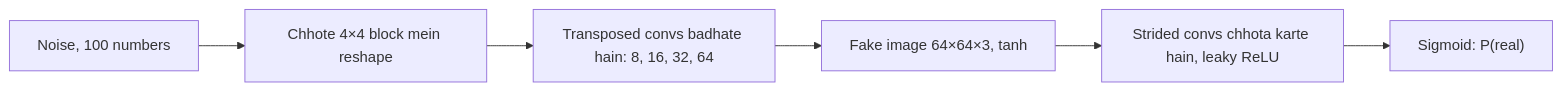
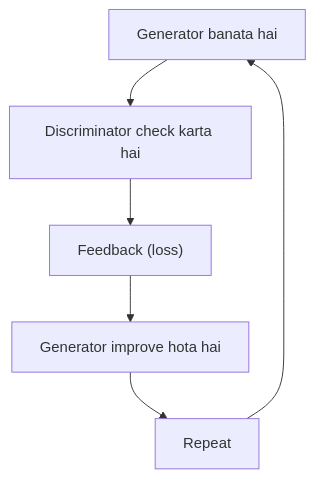
One commit to TrendySloth1001/sem-seven-notes changed the first of 4 diagrams in content/deep-learning/notes/gan.hi.mdx. Above: the diagram before and after it, drawn with Mermaid. The commit also changed other lines of this file and 168 other files, not shown here.

Commit message:
Rewrite the Module 1, activation, loss and GAN notes and their 25 answers from the teachers' class files. They keep the teacher's definitions, use 80 of their figures with class-notes citations only, and fix the slide errors in the XOR, NAND, loss and KL formulas.

````diff
--- a/content/deep-learning/notes/gan.hi.mdx
+++ b/content/deep-learning/notes/gan.hi.mdx
@@ -158,9 +56,9 @@
 ```mermaid
-%% caption: DCGAN shapes. Generator noise vector ko transposed convs se image tak badhata hai. Discriminator image ko strided convs se ek probability tak chhota karta hai.
-flowchart LR
-  Z["Noise, 100 numbers"] --> P["Chhote 4×4 block mein reshape"]
-  P --> U["Transposed convs badhate hain: 8, 16, 32, 64"]
-  U --> I["Fake image 64×64×3, tanh"]
-  I --> S["Strided convs chhota karte hain, leaky ReLU"]
-  S --> O["Sigmoid: P(real)"]
+%% caption: GAN ka idea paanch lines mein. Loop kai baar repeat hota hai.
+flowchart TD
+  A["Generator banata hai"] --> B["Discriminator check karta hai"]
+  B --> C["Feedback (loss)"]
+  C --> D["Generator improve hota hai"]
+  D --> E["Repeat"]
+  E --> A
 ```
````
